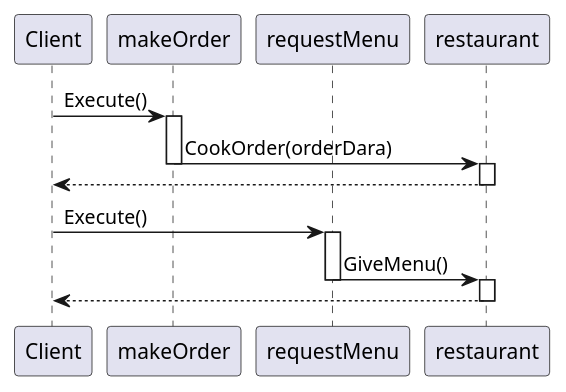
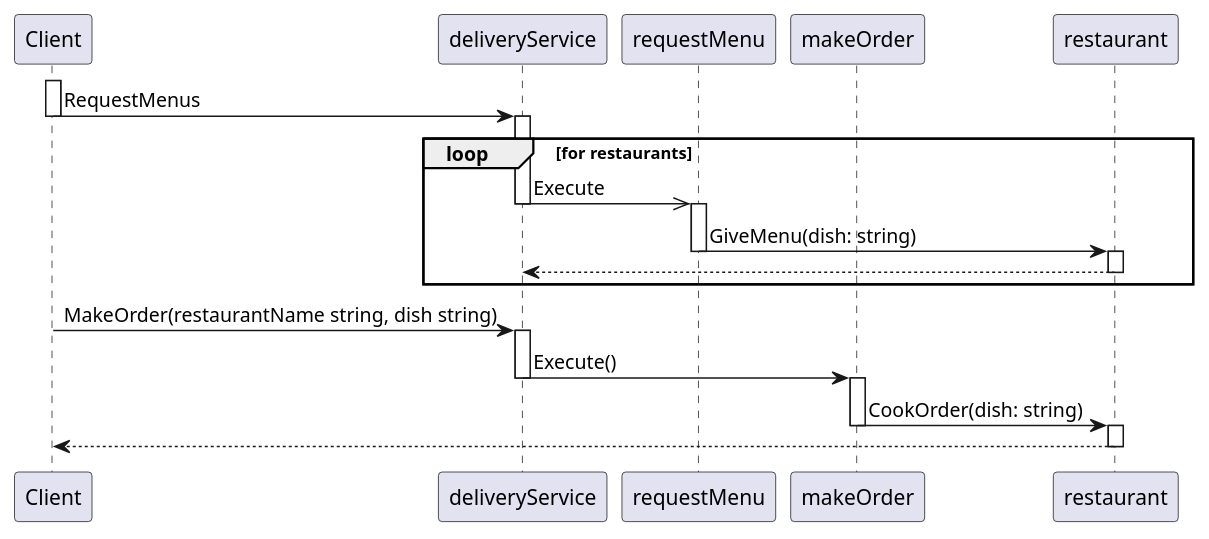
The diagram in doc/command/command_sequence.puml (capitanFlint129/architectural-patterns-in-go), drawn with PlantUML before and after one commit. The commit also changed 4 other files, not shown here.

Commit message:
add diagrams to README.md

```diff
--- a/doc/command/command_sequence.puml
+++ b/doc/command/command_sequence.puml
@@ -1,25 +1,42 @@
 @startuml
 'https://plantuml.com/sequence-diagram
 
 participant Client
+participant deliveryService
+participant requestMenu
 participant makeOrder
-participant requestMenu
 participant restaurant
 
-Client -> makeOrder: Execute()
+activate Client
+Client -> deliveryService: RequestMenus
+deactivate Client
+
+activate deliveryService
+loop for restaurants
+    deliveryService ->> requestMenu: Execute
+    deactivate deliveryService
+
+    activate requestMenu
+    requestMenu -> restaurant: GiveMenu(dish: string)
+    deactivate requestMenu
+    activate restaurant
+    deliveryService <-- restaurant
+    deactivate restaurant
+end
+deactivate deliveryService
+
+activate Client
+Client -> deliveryService: MakeOrder(restaurantName string, dish string)
+deactivate Client
+
+activate deliveryService
+deliveryService -> makeOrder: Execute()
+deactivate deliveryService
 activate makeOrder
-makeOrder -> restaurant: CookOrder(orderDara)
+makeOrder -> restaurant: CookOrder(dish: string)
 deactivate makeOrder
 activate restaurant
 Client <-- restaurant
 deactivate restaurant
 
-Client -> requestMenu: Execute()
-activate requestMenu
-requestMenu -> restaurant: GiveMenu()
-deactivate requestMenu
-activate restaurant
-Client <-- restaurant
-deactivate restaurant
-
 @enduml
```
